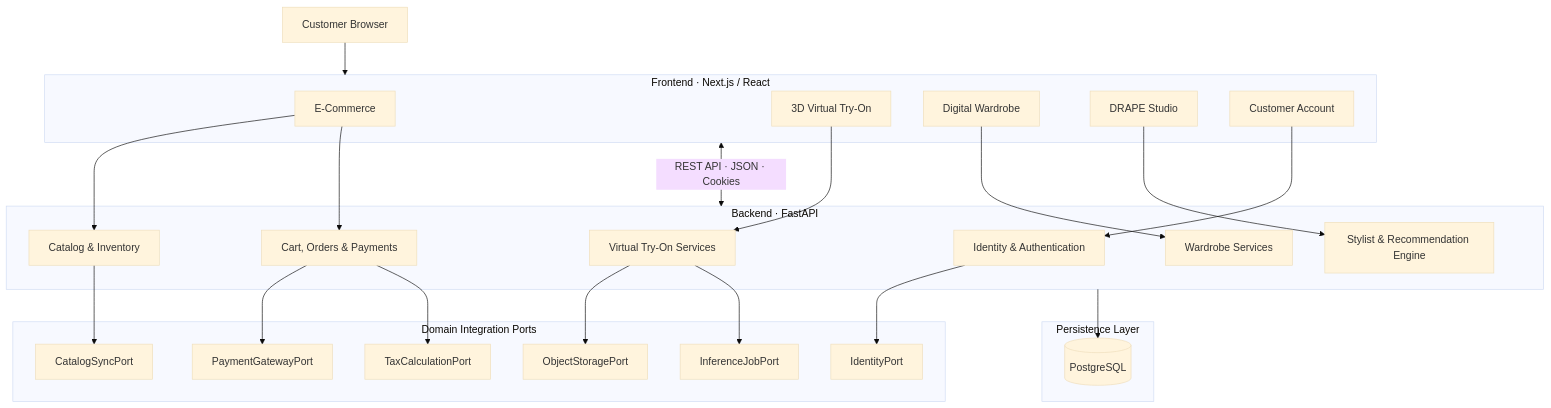
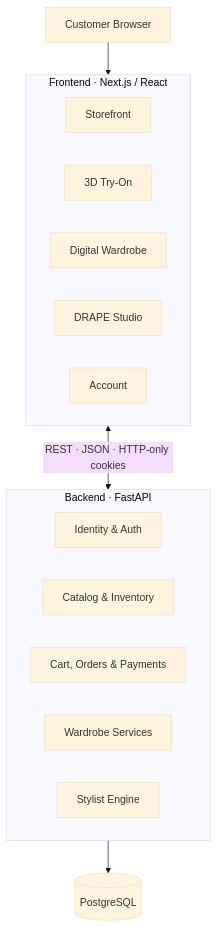
Before and after one commit to Soham-Pasalkar/Drape: the first of 2 diagrams in README.md, drawn with Mermaid (base theme). The commit also changed other lines of this file, not shown here.

````diff
--- a/README.md
+++ b/README.md
@@ -147,52 +124,26 @@
 ```mermaid
 flowchart TB
     Client["Customer Browser"]
 
     subgraph Frontend["Frontend · Next.js / React"]
-        Store["E-Commerce"]
-        TryOn["3D Virtual Try-On"]
+        Store["Storefront"]
+        TryOn["3D Try-On"]
         Wardrobe["Digital Wardrobe"]
         Studio["DRAPE Studio"]
-        Account["Customer Account"]
+        Account["Account"]
     end
 
     subgraph Backend["Backend · FastAPI"]
-        Identity["Identity & Authentication"]
+        Identity["Identity & Auth"]
         Catalog["Catalog & Inventory"]
         Commerce["Cart, Orders & Payments"]
-        Fitting["Virtual Try-On Services"]
         Closet["Wardrobe Services"]
-        Stylist["Stylist & Recommendation Engine"]
+        Stylist["Stylist Engine"]
     end
 
-    subgraph Persistence["Persistence Layer"]
-        Database[("PostgreSQL")]
-    end
-
-    subgraph Ports["Domain Integration Ports"]
-        P1["IdentityPort"]
-        P2["ObjectStoragePort"]
-        P3["InferenceJobPort"]
-        P4["PaymentGatewayPort"]
-        P5["TaxCalculationPort"]
-        P6["CatalogSyncPort"]
-    end
+    DB[("PostgreSQL")]
 
     Client --> Frontend
-    Frontend <-->|"REST API · JSON · Cookies"| Backend
-
-    Store --> Catalog
-    Store --> Commerce
-    TryOn --> Fitting
-    Wardrobe --> Closet
-    Studio --> Stylist
-    Account --> Identity
-
-    Backend --> Database
-    Identity --> P1
-    Fitting --> P2
-    Fitting --> P3
-    Commerce --> P4
-    Commerce --> P5
-    Catalog --> P6
+    Frontend <-->|"REST · JSON · HTTP-only cookies"| Backend
+    Backend --> DB
 ```
````
